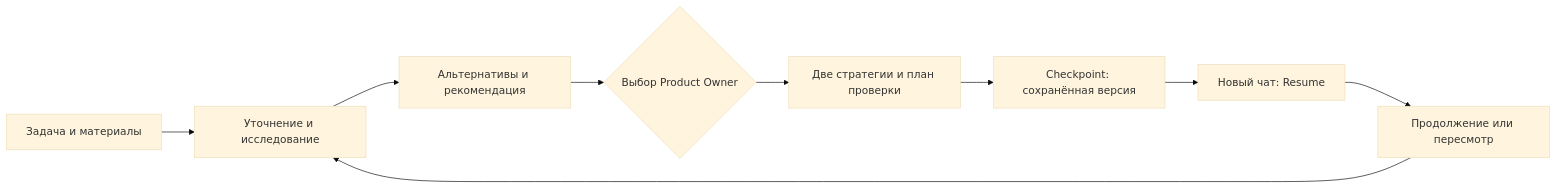
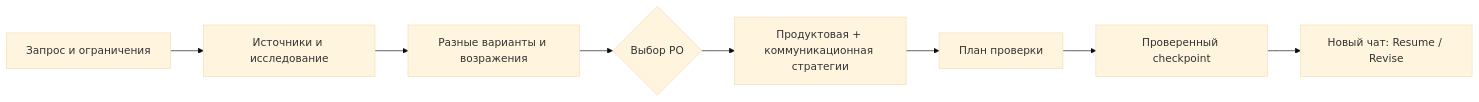
One commit to EdYaRdx/megafon_hack changed the diagram in README.md. Above: the diagram before and after it, drawn with Mermaid (base theme). The commit also changed other lines of this file and 6 other files, not shown here.

````diff
--- a/README.md
+++ b/README.md
@@ -70,11 +31,10 @@
 ```mermaid
 flowchart LR
-  A["Задача и материалы"] --> B["Уточнение и исследование"]
-  B --> C["Альтернативы и рекомендация"]
-  C --> D{"Выбор Product Owner"}
-  D --> E["Две стратегии и план проверки"]
-  E --> F["Checkpoint: сохранённая версия"]
-  F --> G["Новый чат: Resume"]
-  G --> H["Продолжение или пересмотр"]
-  H --> B
+  A["Запрос и ограничения"] --> B["Источники и исследование"]
+  B --> C["Разные варианты и возражения"]
+  C --> D{"Выбор PO"}
+  D --> E["Продуктовая + коммуникационная стратегии"]
+  E --> F["План проверки"]
+  F --> G["Проверенный checkpoint"]
+  G --> H["Новый чат: Resume / Revise"]
 ```
````
